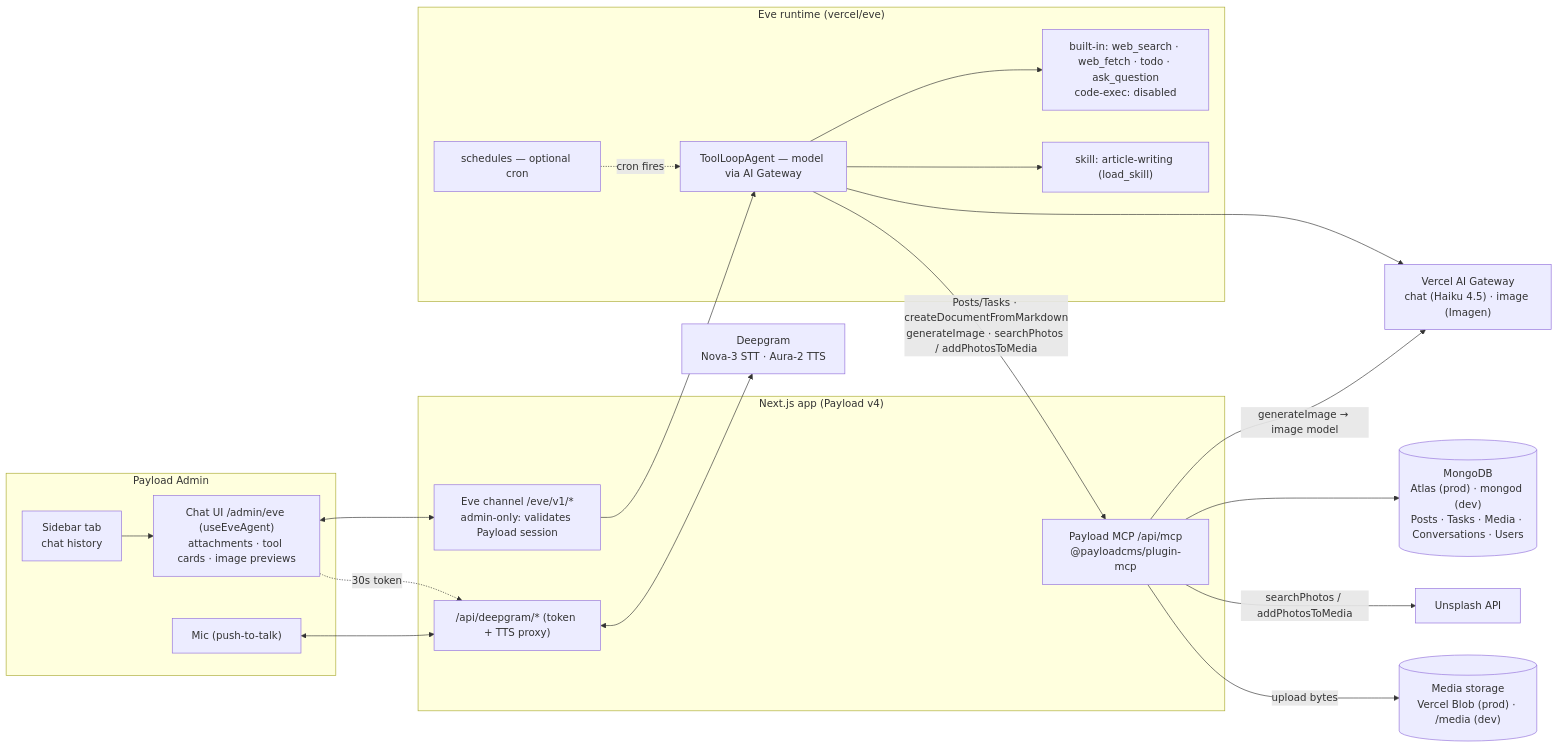
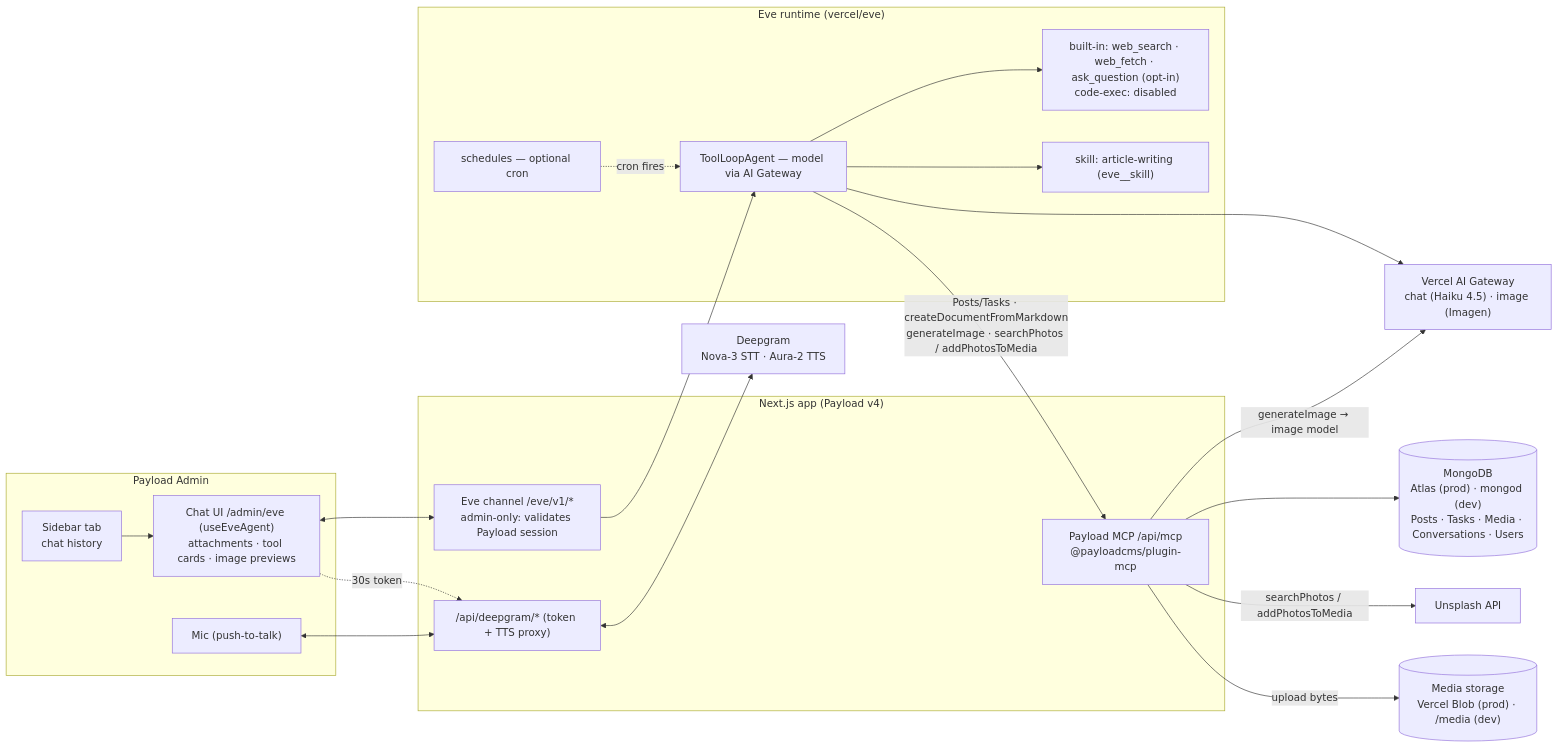
One commit to elghaied/payload-eve-chat changed the diagram in README.md. Above: the diagram before and after it, drawn with Mermaid. The commit also changed other lines of this file and 20 other files, not shown here.

````diff
--- a/README.md
+++ b/README.md
@@ -78,40 +78,40 @@
 ```mermaid
 flowchart LR
     subgraph browser["Payload Admin"]
         Tab["Sidebar tab<br/>chat history"]
         UI["Chat UI /admin/eve (useEveAgent)<br/>attachments · tool cards · image previews"]
         Mic["Mic (push-to-talk)"]
     end
 
     subgraph next["Next.js app (Payload v4)"]
         Channel["Eve channel /eve/v1/*<br/>admin-only: validates Payload session"]
         MCP["Payload MCP /api/mcp<br/>@payloadcms/plugin-mcp"]
         DG["/api/deepgram/* (token + TTS proxy)"]
     end
 
     subgraph eve["Eve runtime (vercel/eve)"]
         Agent["ToolLoopAgent — model via AI Gateway"]
-        Tools["built-in: web_search · web_fetch · todo · ask_question<br/>code-exec: disabled"]
-        Skill["skill: article-writing (load_skill)"]
+        Tools["built-in: web_search · web_fetch · ask_question (opt-in)<br/>code-exec: disabled"]
+        Skill["skill: article-writing (eve__skill)"]
         Sched["schedules — optional cron"]
     end
 
     GW["Vercel AI Gateway<br/>chat (Haiku 4.5) · image (Imagen)"]
     DGcloud["Deepgram<br/>Nova-3 STT · Aura-2 TTS"]
     UN["Unsplash API"]
     Store[("Media storage<br/>Vercel Blob (prod) · /media (dev)")]
     DB[("MongoDB<br/>Atlas (prod) · mongod (dev)<br/>Posts · Tasks · Media · Conversations · Users")]
 
     Tab --> UI
     UI <--> Channel --> Agent
     Sched -. "cron fires" .-> Agent
     Agent --> GW
     Agent --> Tools
     Agent --> Skill
     Agent -->|"Posts/Tasks · createDocumentFromMarkdown<br/>generateImage · searchPhotos / addPhotosToMedia"| MCP --> DB
     MCP -->|"generateImage → image model"| GW
     MCP -->|"searchPhotos / addPhotosToMedia"| UN
     MCP -->|"upload bytes"| Store
     UI -. "30s token" .-> DG
     Mic <--> DG <--> DGcloud
 ```
````
